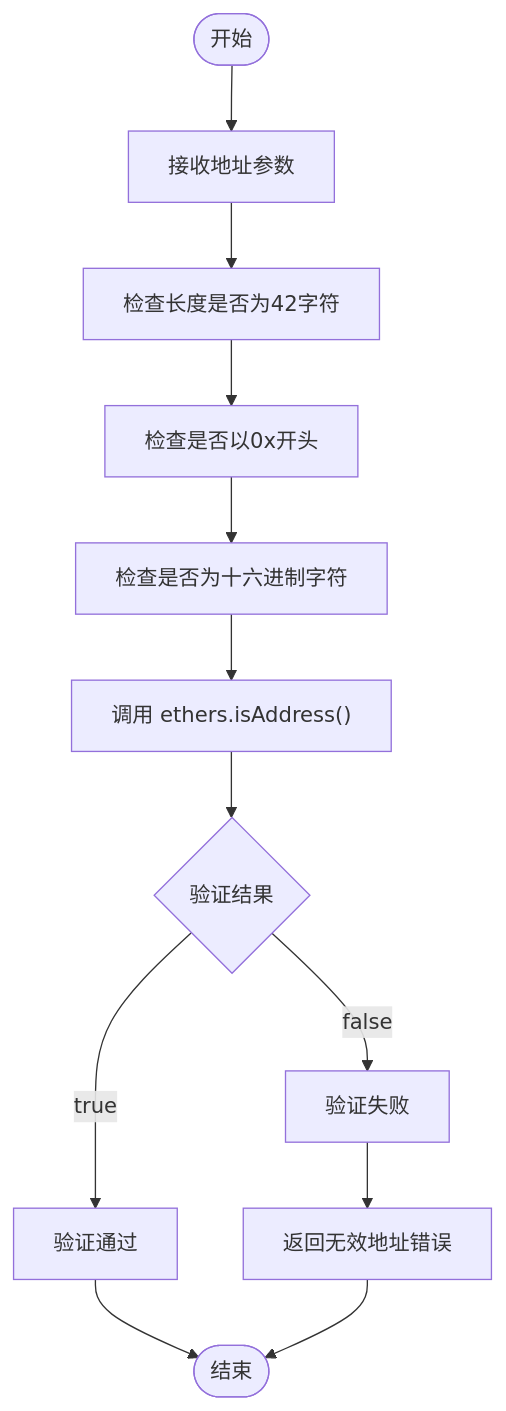
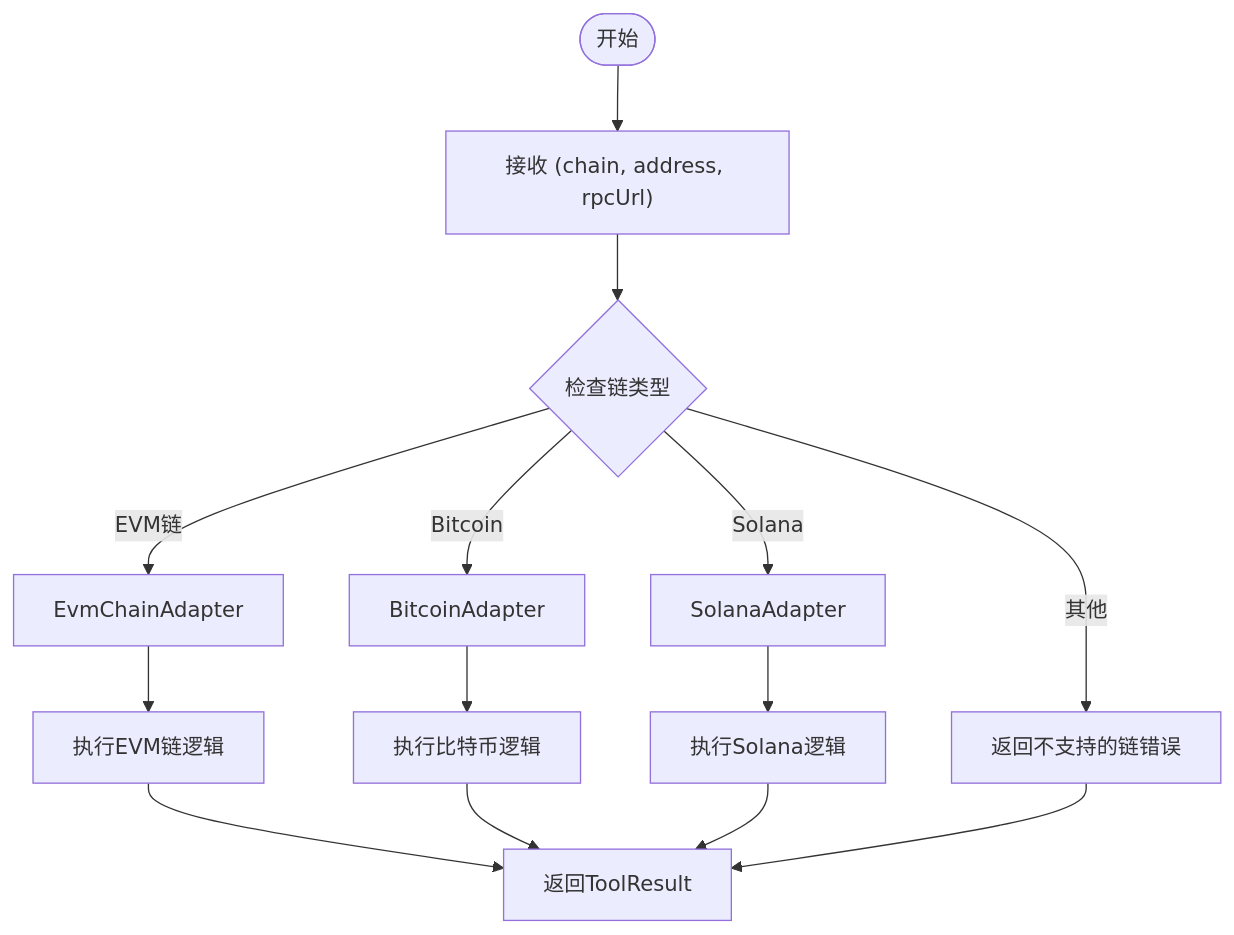
The third of 5 diagrams in .qoder/repowiki/zh/content/Web3工具集成/核心Web3工具实现/钱包余额查询工具.md (CryptoLinxu/Web3-AI-Agent), drawn with Mermaid before and after one commit. The commit also changed other lines of this file and 9 other files, not shown here.

````diff
--- a/.qoder/repowiki/zh/content/Web3工具集成/核心Web3工具实现/钱包余额查询工具.md
+++ b/.qoder/repowiki/zh/content/Web3工具集成/核心Web3工具实现/钱包余额查询工具.md
@@ -147,14 +153,16 @@
 ```mermaid
 flowchart TD
-START(["开始"]) --> INPUT["接收地址参数"]
-INPUT --> CHECKLEN["检查长度是否为42字符"]
-CHECKLEN --> CHECKPREFIX["检查是否以0x开头"]
-CHECKPREFIX --> CHECKHEX["检查是否为十六进制字符"]
-CHECKHEX --> VALIDATE["调用 ethers.isAddress()"]
-VALIDATE --> RESULT{"验证结果"}
-RESULT --> |true| PASS["验证通过"]
-RESULT --> |false| FAIL["验证失败"]
-PASS --> END(["结束"])
-FAIL --> ERROR["返回无效地址错误"]
-ERROR --> END
+START(["开始"]) --> INPUT["接收 (chain, address, rpcUrl)"]
+INPUT --> CHECKCHAIN{"检查链类型"}
+CHECKCHAIN --> |EVM链| EVM["EvmChainAdapter"]
+CHECKCHAIN --> |Bitcoin| BITCOIN["BitcoinAdapter"]
+CHECKCHAIN --> |Solana| SOLANA["SolanaAdapter"]
+CHECKCHAIN --> |其他| ERROR["返回不支持的链错误"]
+EVM --> EVMEXEC["执行EVM链逻辑"]
+BITCOIN --> BTEXEC["执行比特币逻辑"]
+SOLANA --> SOLEXEC["执行Solana逻辑"]
+EVMEXEC --> RESULT["返回ToolResult"]
+BTEXEC --> RESULT
+SOLEXEC --> RESULT
+ERROR --> RESULT
 ```
````
